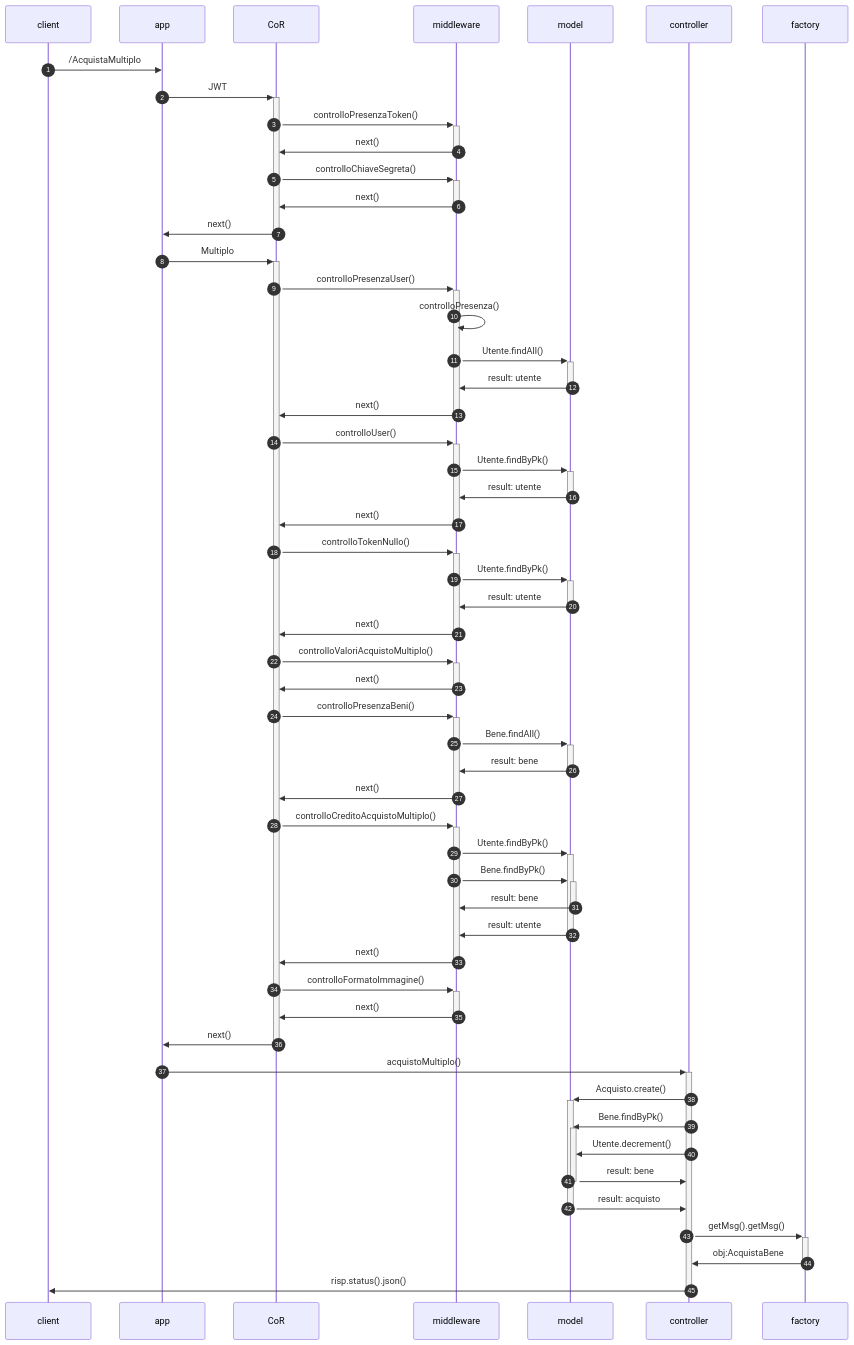
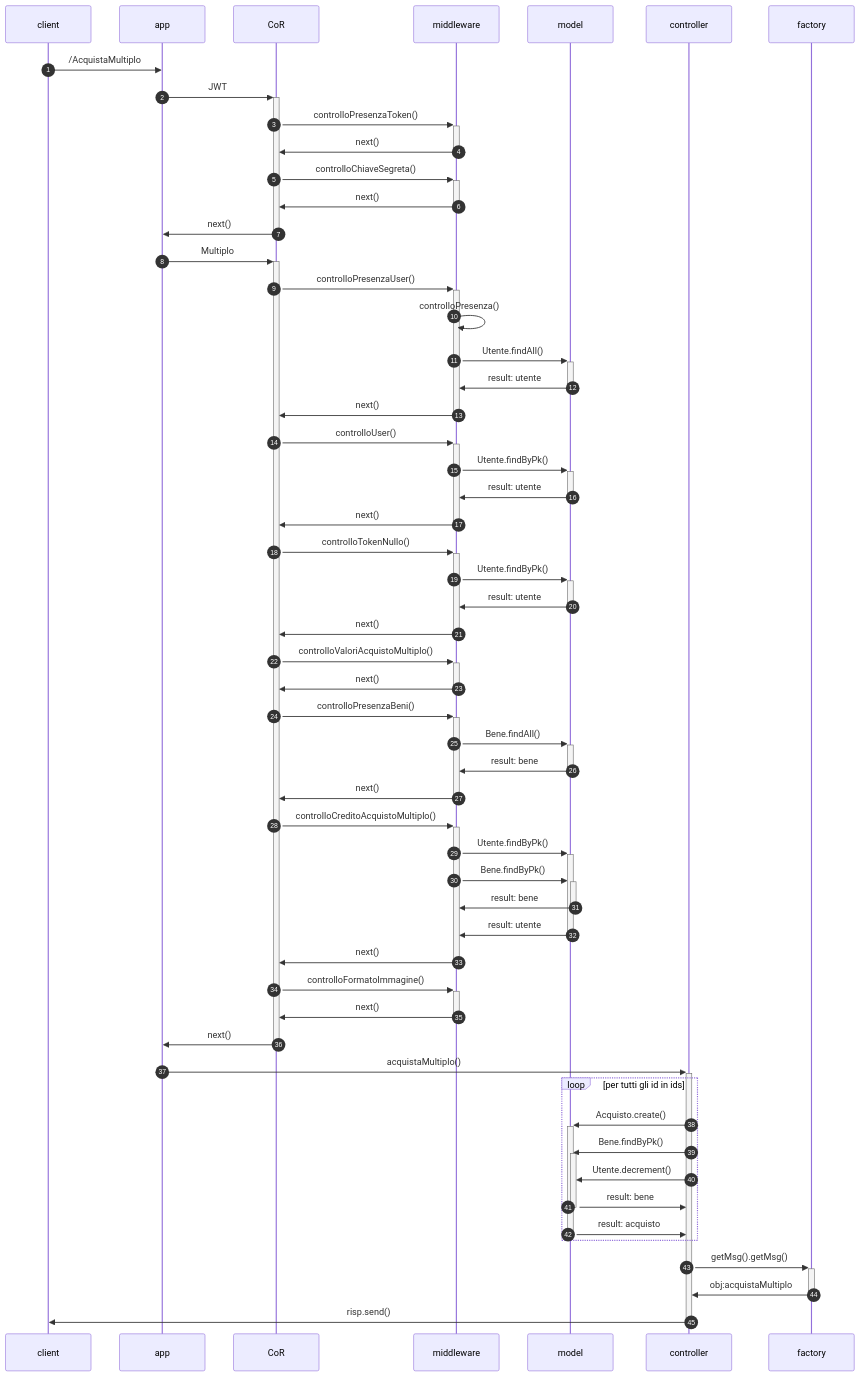
One commit to MargheritaGaleazzi/AcquistoBeniStorici-Progetto-PA changed the eighth of 12 diagrams in README.md. Above: the diagram before and after it, drawn with Mermaid.

````diff
--- a/README.md
+++ b/README.md
@@ -528,49 +528,51 @@
 ```mermaid
 sequenceDiagram
 autonumber
 client ->> app: /AcquistaMultiplo
 app ->>+ CoR: JWT
 CoR ->>+ middleware: controlloPresenzaToken()
 middleware ->>- CoR:  next()
 CoR ->>+ middleware: controlloChiaveSegreta()
 middleware ->>- CoR:  next()
 CoR ->>- app : next()
 app ->>+ CoR: Multiplo
 CoR ->>+ middleware: controlloPresenzaUser()
 middleware ->> middleware: controlloPresenza()
 middleware ->>+ model: Utente.findAll()
 model ->>- middleware: result: utente
 middleware ->>- CoR:  next()
 CoR ->>+ middleware: controlloUser()
 middleware ->>+ model: Utente.findByPk()
 model ->>- middleware: result: utente
 middleware ->>- CoR:  next()
 CoR ->>+ middleware: controlloTokenNullo()
 middleware ->>+ model: Utente.findByPk()
 model ->>- middleware: result: utente
 middleware ->>- CoR:  next()
 CoR ->>+ middleware: controlloValoriAcquistoMultiplo()
 middleware ->>- CoR:  next()
 CoR ->>+ middleware:  controlloPresenzaBeni()
 middleware ->>+ model: Bene.findAll()
 model ->>- middleware: result: bene
 middleware ->>- CoR:  next()
 CoR ->>+ middleware:  controlloCreditoAcquistoMultiplo()
 middleware ->>+ model: Utente.findByPk()
 middleware ->>+ model: Bene.findByPk()
 model ->>- middleware: result: bene
 model ->>- middleware: result: utente
 middleware ->>- CoR:  next()
 CoR ->>+ middleware: controlloFormatoImmagine()
 middleware ->>- CoR:  next()
 CoR ->>- app : next()
-app ->>+ controller: acquistoMultiplo()
+app ->>+ controller: acquistaMultiplo()
+loop per tutti gli id in ids
 controller ->>+ model : Acquisto.create()
 controller ->>+ model : Bene.findByPk()
 controller ->> model : Utente.decrement()
 model ->>- controller : result: bene
-model ->>- controller : result: acquisto
+model ->>- controller : result: acquisto 
+end
 controller ->>+ factory : getMsg().getMsg()
-factory ->>- controller: obj:AcquistaBene
-controller ->>- client:  risp.status().json()
+factory ->>- controller: obj:acquistaMultiplo
+controller ->>- client:  risp.send()
 ```
````
